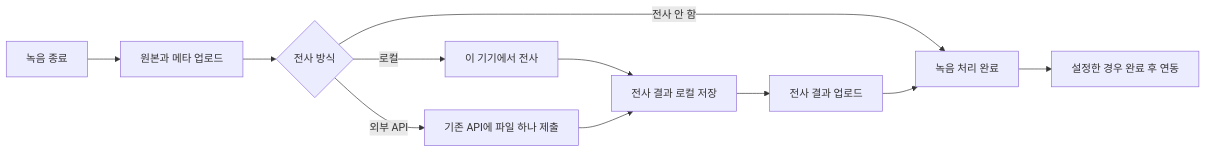
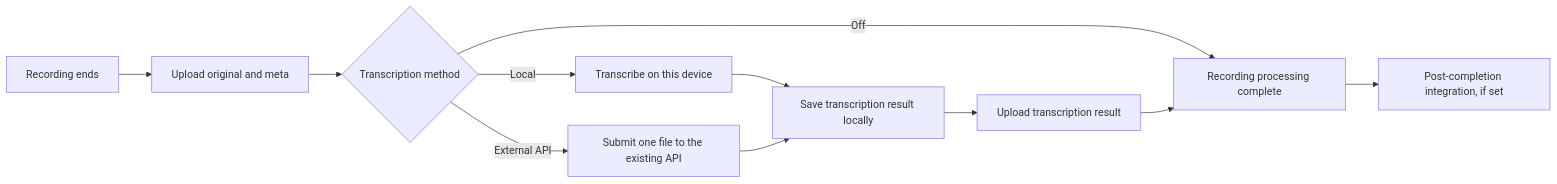
Before and after one commit to rokrokss/recly: the diagram in docs/research/2026-09-24-fixed-recording-flow-plan.md, drawn with Mermaid. The commit also changed other lines of this file and 467 other files, not shown here.

````diff
--- a/docs/research/2026-09-24-fixed-recording-flow-plan.md
+++ b/docs/research/2026-09-24-fixed-recording-flow-plan.md
@@ -25,13 +25,13 @@
 ```mermaid
 flowchart LR
-    A[녹음 종료] --> B[원본과 메타 업로드]
-    B --> C{전사 방식}
-    C -->|로컬| D[이 기기에서 전사]
-    C -->|외부 API| E[기존 API에 파일 하나 제출]
-    C -->|전사 안 함| H[녹음 처리 완료]
-    D --> F[전사 결과 로컬 저장]
+    A[Recording ends] --> B[Upload original and meta]
+    B --> C{Transcription method}
+    C -->|Local| D[Transcribe on this device]
+    C -->|External API| E[Submit one file to the existing API]
+    C -->|Off| H[Recording processing complete]
+    D --> F[Save transcription result locally]
     E --> F
-    F --> G[전사 결과 업로드]
+    F --> G[Upload transcription result]
     G --> H
-    H --> I[설정한 경우 완료 후 연동]
+    H --> I[Post-completion integration, if set]
 ```
````
